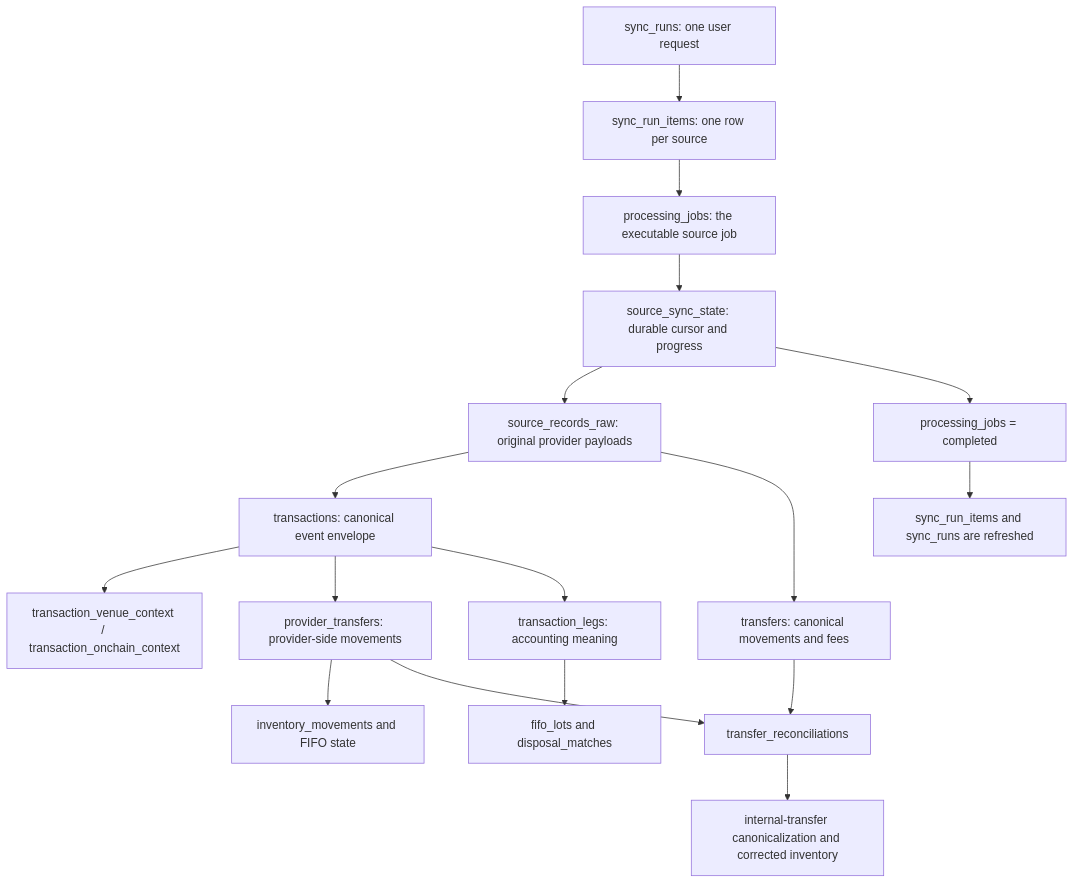
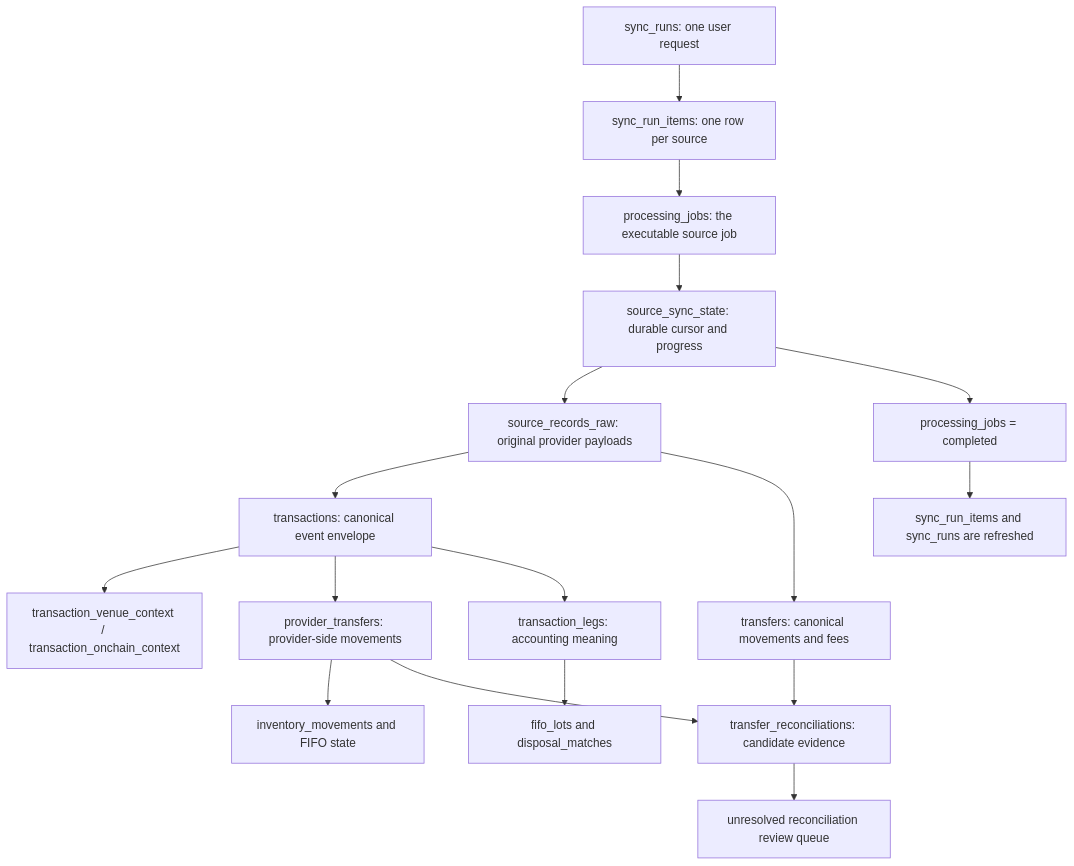
Before and after one commit to taxmaxi/taxmaxi: the diagram in docs/sync-data-layer-lifecycle.md, drawn with Mermaid. The commit also changed other lines of this file and 1 other file, not shown here.

Commit message:
docs(sync-engine): update reconciliation lifecycle

````diff
--- a/docs/sync-data-layer-lifecycle.md
+++ b/docs/sync-data-layer-lifecycle.md
@@ -21,19 +21,19 @@
 ```mermaid
 flowchart TD
   A["sync_runs: one user request"] --> B["sync_run_items: one row per source"]
   B --> C["processing_jobs: the executable source job"]
   C --> D["source_sync_state: durable cursor and progress"]
   D --> E["source_records_raw: original provider payloads"]
   E --> F["transactions: canonical event envelope"]
   F --> G["transaction_venue_context / transaction_onchain_context"]
   F --> H["provider_transfers: provider-side movements"]
   F --> I["transaction_legs: accounting meaning"]
   E --> J["transfers: canonical movements and fees"]
   H --> K["inventory_movements and FIFO state"]
   I --> L["fifo_lots and disposal_matches"]
-  H --> M["transfer_reconciliations"]
+  H --> M["transfer_reconciliations: candidate evidence"]
   J --> M
-  M --> N["internal-transfer canonicalization and corrected inventory"]
+  M --> N["unresolved reconciliation review queue"]
   D --> O["processing_jobs = completed"]
   O --> P["sync_run_items and sync_runs are refreshed"]
 ```
````
